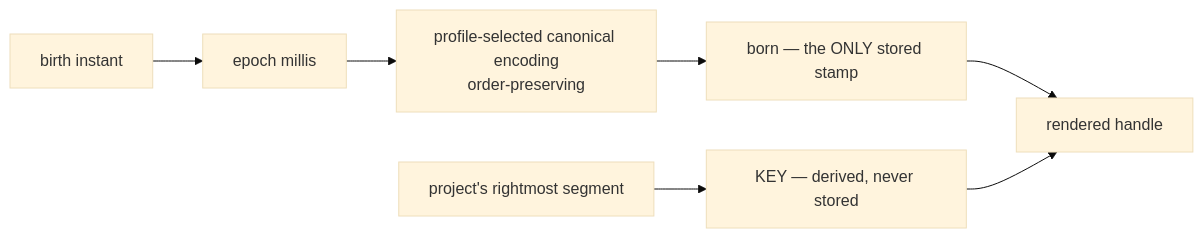
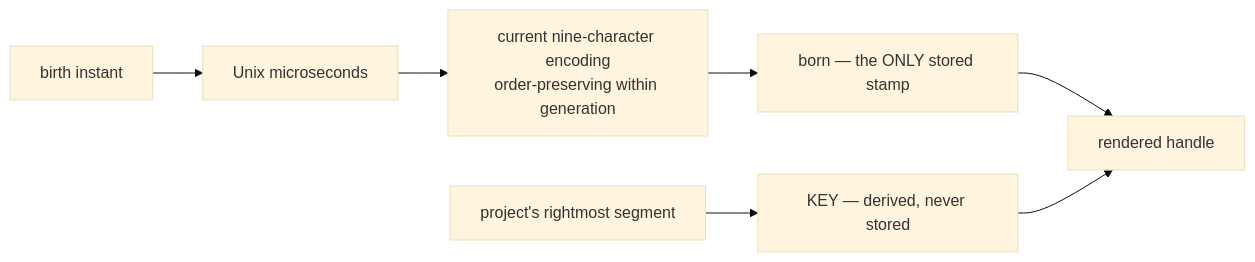
Before and after one commit to infimalabs/spice-rust: the sixth of 9 diagrams in docs/product/model/domain.md, drawn with Mermaid (base theme). The commit also changed other lines of this file and 80 other files, not shown here.

````diff
--- a/docs/product/model/domain.md
+++ b/docs/product/model/domain.md
@@ -94,9 +94,9 @@
 ```mermaid
 flowchart LR
-  T["birth instant"] --> E["epoch millis"]
-  E --> B["profile-selected canonical encoding<br/>order-preserving"]
+  T["birth instant"] --> E["Unix microseconds"]
+  E --> B["current nine-character encoding<br/>order-preserving within generation"]
   B --> I["born — the ONLY stored stamp"]
   P["project's rightmost segment"] --> K["KEY — derived, never stored"]
   I --> H["rendered handle"]
   K --> H
 ```
````
